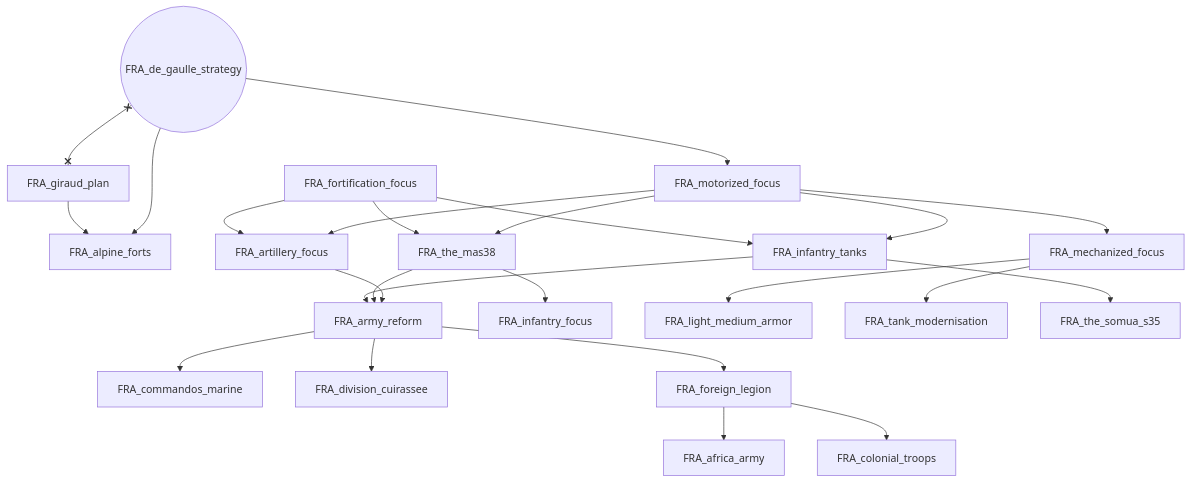
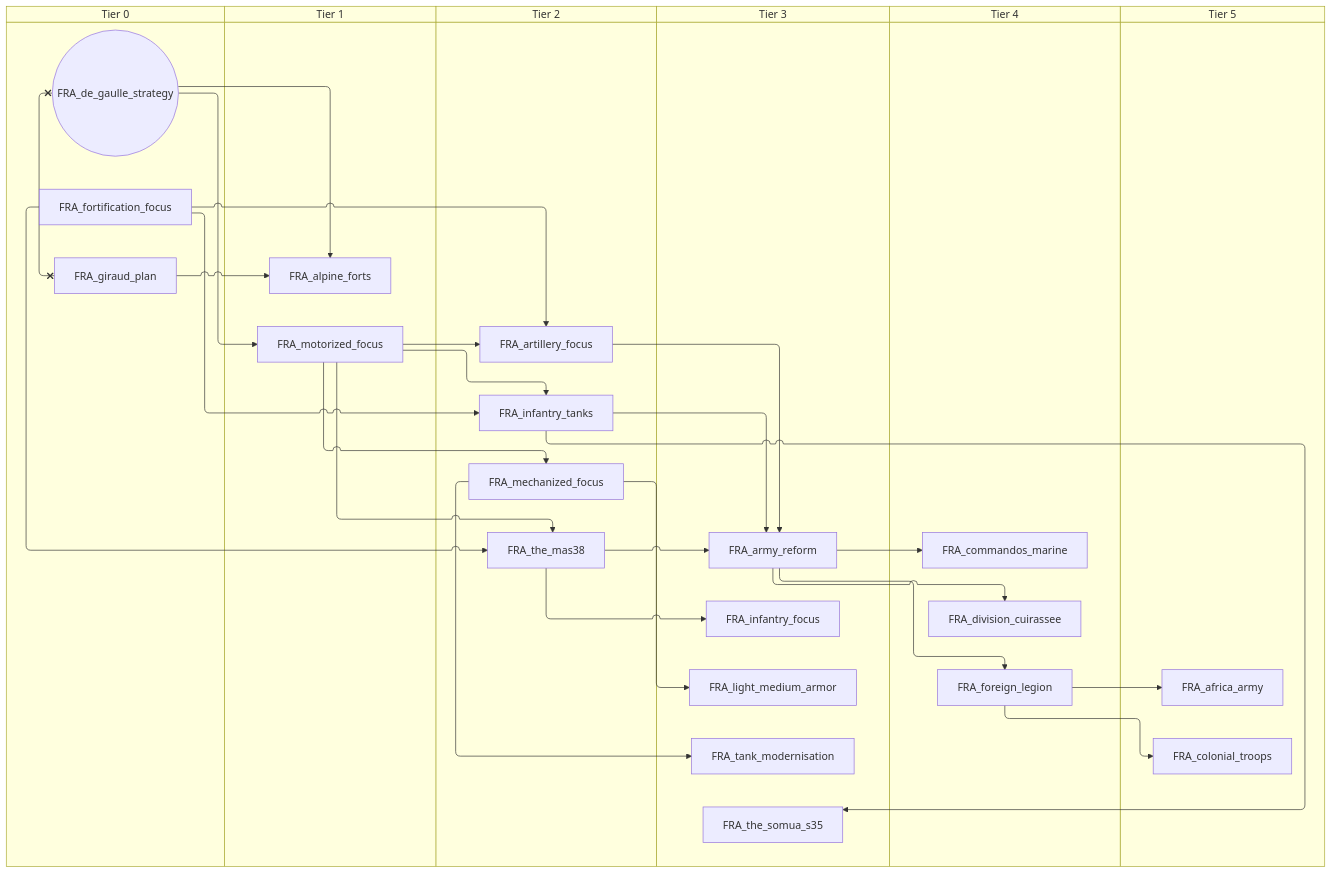
The fifth of 14 diagrams in docs/gdd/National Focuses/france.md (evgeny-sobol/hoi4-sandbox-mode-r56), drawn with Mermaid before and after one commit. The commit also changed other lines of this file and 423 other files, not shown here.

First line of the commit message:
Re-export Rt56 focus trees as swimlane diagrams

````diff
--- a/docs/gdd/National Focuses/france.md
+++ b/docs/gdd/National Focuses/france.md
@@ -364,45 +420,57 @@
 ```mermaid
-flowchart TD
-    n143["FRA_africa_army"]
-    n144["FRA_alpine_forts"]
-    n145["FRA_army_reform"]
-    n146["FRA_artillery_focus"]
-    n147["FRA_colonial_troops"]
-    n148["FRA_commandos_marine"]
-    n149(("FRA_de_gaulle_strategy"))
-    n150["FRA_division_cuirassee"]
-    n151["FRA_foreign_legion"]
-    n152["FRA_fortification_focus"]
-    n153["FRA_giraud_plan"]
-    n154["FRA_infantry_focus"]
-    n155["FRA_infantry_tanks"]
-    n156["FRA_light_medium_armor"]
-    n157["FRA_mechanized_focus"]
-    n158["FRA_motorized_focus"]
-    n159["FRA_tank_modernisation"]
-    n160["FRA_the_mas38"]
-    n161["FRA_the_somua_s35"]
-    n151 --> n143
-    n153 --> n144
-    n149 --> n144
-    n155 --> n145
-    n160 --> n145
-    n146 --> n145
-    n152 --> n146
-    n158 --> n146
-    n151 --> n147
-    n145 --> n148
-    n145 --> n150
-    n145 --> n151
-    n160 --> n154
-    n152 --> n155
-    n158 --> n155
-    n157 --> n156
-    n158 --> n157
-    n149 --> n158
-    n157 --> n159
-    n152 --> n160
-    n158 --> n160
-    n155 --> n161
-    n149 x--x n153
+swimlane-beta TD
+    subgraph tier_0["Tier 0"]
+        n143(("FRA_de_gaulle_strategy"))
+        n144["FRA_fortification_focus"]
+        n145["FRA_giraud_plan"]
+    end
+    subgraph tier_1["Tier 1"]
+        n146["FRA_alpine_forts"]
+        n147["FRA_motorized_focus"]
+    end
+    subgraph tier_2["Tier 2"]
+        n148["FRA_artillery_focus"]
+        n149["FRA_infantry_tanks"]
+        n150["FRA_mechanized_focus"]
+        n151["FRA_the_mas38"]
+    end
+    subgraph tier_3["Tier 3"]
+        n152["FRA_army_reform"]
+        n153["FRA_infantry_focus"]
+        n154["FRA_light_medium_armor"]
+        n155["FRA_tank_modernisation"]
+        n156["FRA_the_somua_s35"]
+    end
+    subgraph tier_4["Tier 4"]
+        n157["FRA_commandos_marine"]
+        n158["FRA_division_cuirassee"]
+        n159["FRA_foreign_legion"]
+    end
+    subgraph tier_5["Tier 5"]
+        n160["FRA_africa_army"]
+        n161["FRA_colonial_troops"]
+    end
+    n159 --> n160
+    n145 --> n146
+    n143 --> n146
+    n149 --> n152
+    n151 --> n152
+    n148 --> n152
+    n144 --> n148
+    n147 --> n148
+    n159 --> n161
+    n152 --> n157
+    n152 --> n158
+    n152 --> n159
+    n151 --> n153
+    n144 --> n149
+    n147 --> n149
+    n150 --> n154
+    n147 --> n150
+    n143 --> n147
+    n150 --> n155
+    n144 --> n151
+    n147 --> n151
+    n149 --> n156
+    n143 x--x n145
 ```
````
